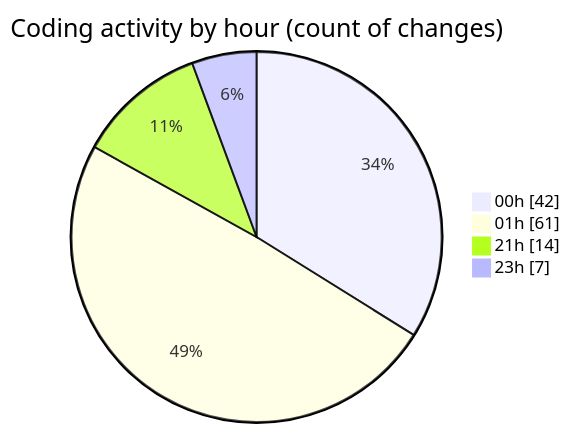
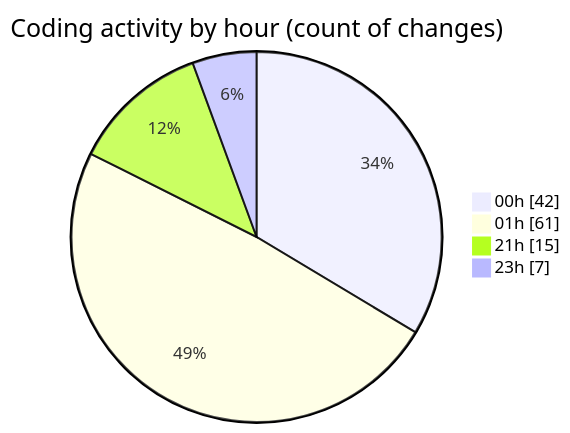
The second of 2 diagrams in 2025-08-12/rentotp/README.md (lephambinh05/code-tracking), drawn with Mermaid before and after one commit. The commit also changed other lines of this file and 1 other file, not shown here.

````diff
--- a/2025-08-12/rentotp/README.md
+++ b/2025-08-12/rentotp/README.md
@@ -52,8 +52,8 @@
 ```mermaid
 pie showData
 title Coding activity by hour (count of changes)
 "00h" : 42
 "01h" : 61
-"21h" : 14
+"21h" : 15
 "23h" : 7
 ```
````
